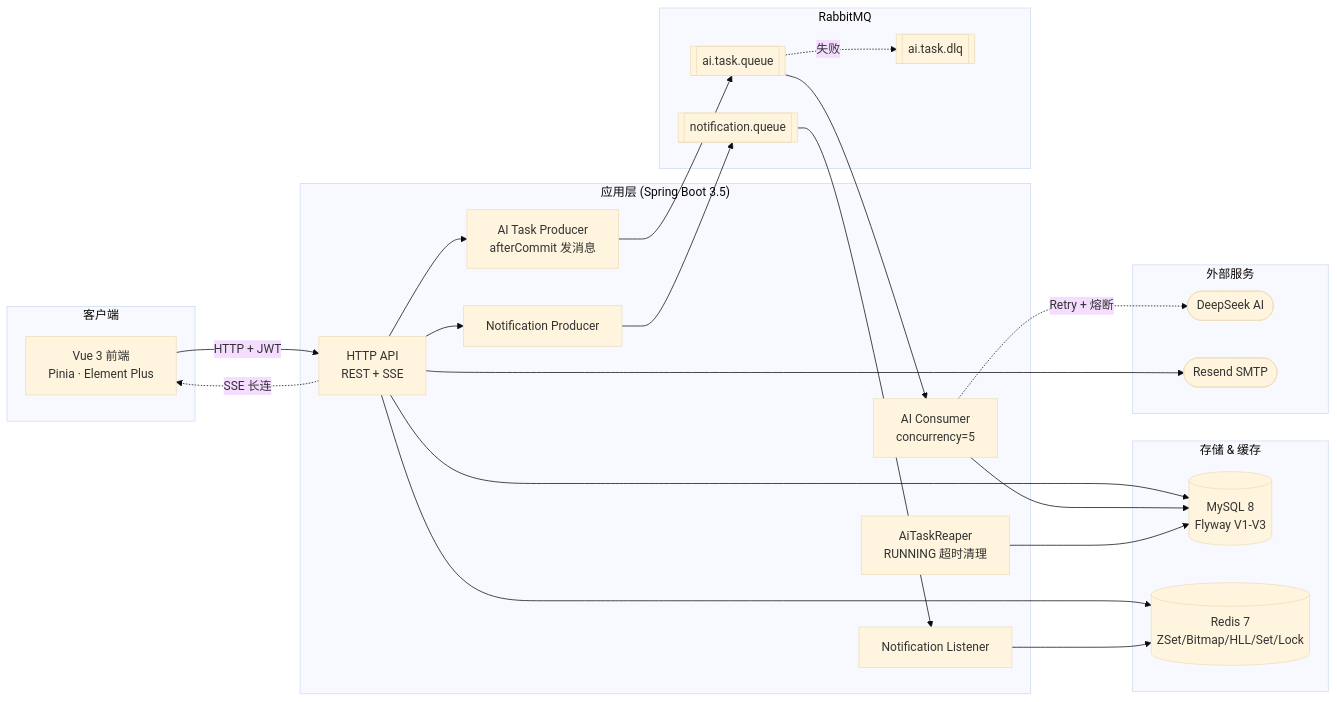
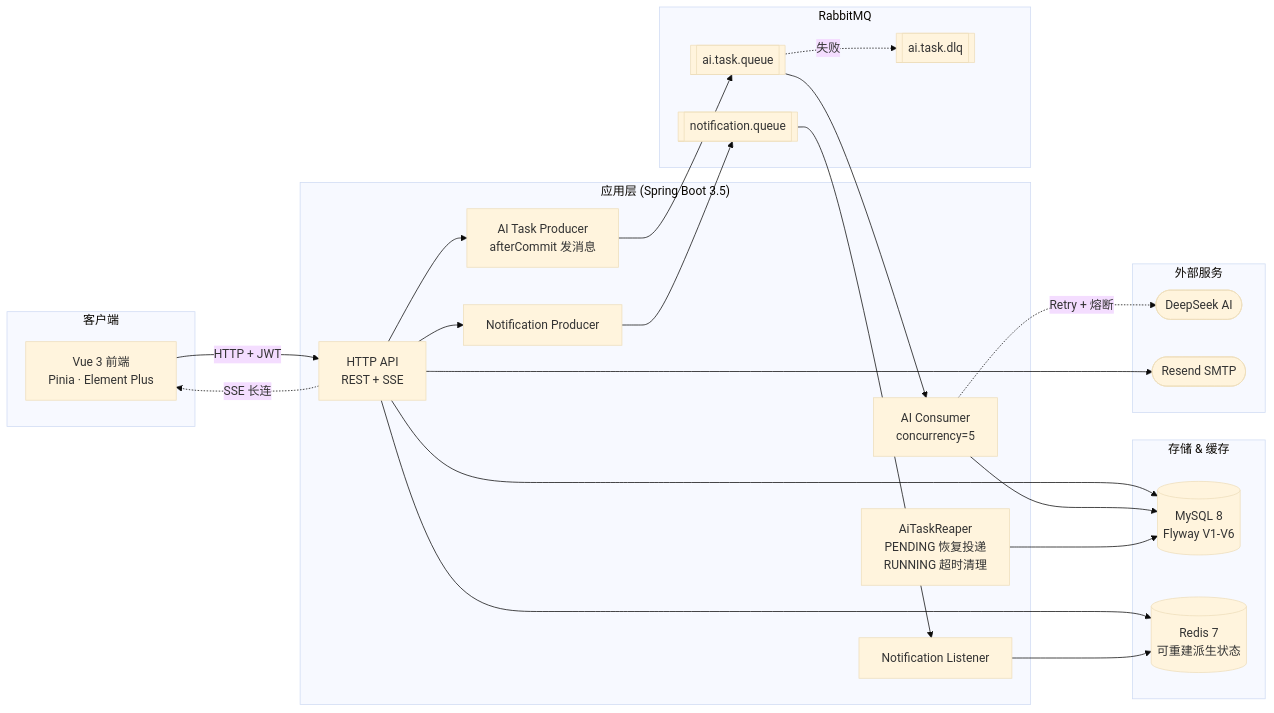
One commit to chada010/meaning-log changed the first of 2 diagrams in README.md. Above: the diagram before and after it, drawn with Mermaid (base theme). The commit also changed other lines of this file, not shown here.

````diff
--- a/README.md
+++ b/README.md
@@ -40,48 +40,48 @@
 ```mermaid
 flowchart LR
     subgraph Client["客户端"]
         Web["Vue 3 前端<br/>Pinia · Element Plus"]
     end
 
     subgraph App["应用层 (Spring Boot 3.5)"]
         API["HTTP API<br/>REST + SSE"]
         Producer["AI Task Producer<br/>afterCommit 发消息"]
         NotifProd["Notification Producer"]
         Consumer["AI Consumer<br/>concurrency=5"]
         NotifCons["Notification Listener"]
-        Reaper["AiTaskReaper<br/>RUNNING 超时清理"]
+        Reaper["AiTaskReaper<br/>PENDING 恢复投递<br/>RUNNING 超时清理"]
     end
 
     subgraph MQ["RabbitMQ"]
         AiQ[[ai.task.queue]]
         DLQ[[ai.task.dlq]]
         NotifQ[[notification.queue]]
     end
 
     subgraph Store["存储 & 缓存"]
-        DB[("MySQL 8<br/>Flyway V1-V3")]
-        Redis[("Redis 7<br/>ZSet/Bitmap/HLL/Set/Lock")]
+        DB[("MySQL 8<br/>Flyway V1-V6")]
+        Redis[("Redis 7<br/>可重建派生状态")]
     end
 
     subgraph Ext["外部服务"]
         AI([DeepSeek AI])
         SMTP([Resend SMTP])
     end
 
     Web -- "HTTP + JWT" --> API
     API -. "SSE 长连" .-> Web
     API --> Producer
     API --> NotifProd
     API --> DB
     API --> Redis
     Producer --> AiQ
     NotifProd --> NotifQ
     AiQ --> Consumer
     AiQ -.失败.-> DLQ
     NotifQ --> NotifCons
     Consumer --> DB
     Consumer -. Retry + 熔断 .-> AI
     NotifCons --> Redis
     Reaper --> DB
     API --> SMTP
 ```
````
